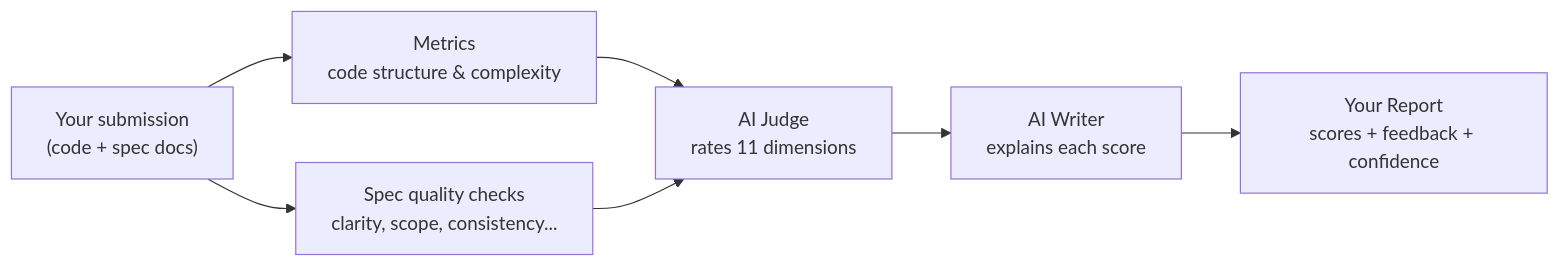
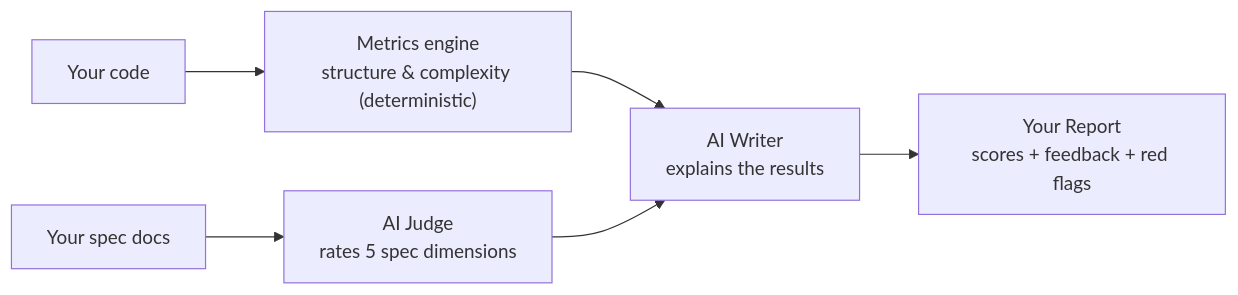
Before and after one commit to arieprasetyo-ecomindo/scorer_cli: the diagram in docs/HOW_IT_WORKS.md, drawn with Mermaid. The commit also changed other lines of this file and 20 other files, not shown here.

Commit message:
removed jev from deterministic scores

````diff
--- a/docs/HOW_IT_WORKS.md
+++ b/docs/HOW_IT_WORKS.md
@@ -5,9 +5,8 @@
 ```mermaid
 flowchart LR
-    A["Your submission<br/>(code + spec docs)"] --> B["Metrics<br/>code structure & complexity"]
-    A --> C["Spec quality checks<br/>clarity, scope, consistency..."]
-    B --> D["AI Judge<br/>rates 11 dimensions"]
-    C --> D
-    D --> E["AI Writer<br/>explains each score"]
-    E --> F["Your Report<br/>scores + feedback + confidence"]
+    A["Your code"] --> B["Metrics engine<br/>structure & complexity (deterministic)"]
+    C["Your spec docs"] --> D["AI Judge<br/>rates 5 spec dimensions"]
+    B --> E["AI Writer<br/>explains the results"]
+    D --> E
+    E --> F["Your Report<br/>scores + feedback + red flags"]
 ```
````
